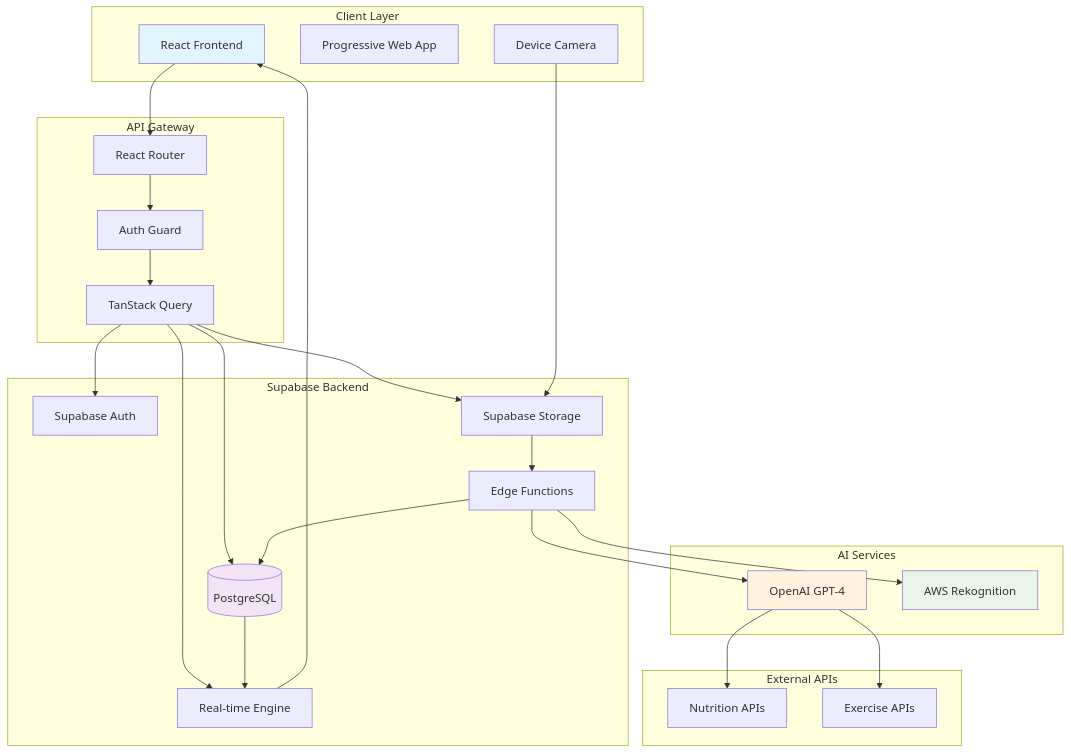
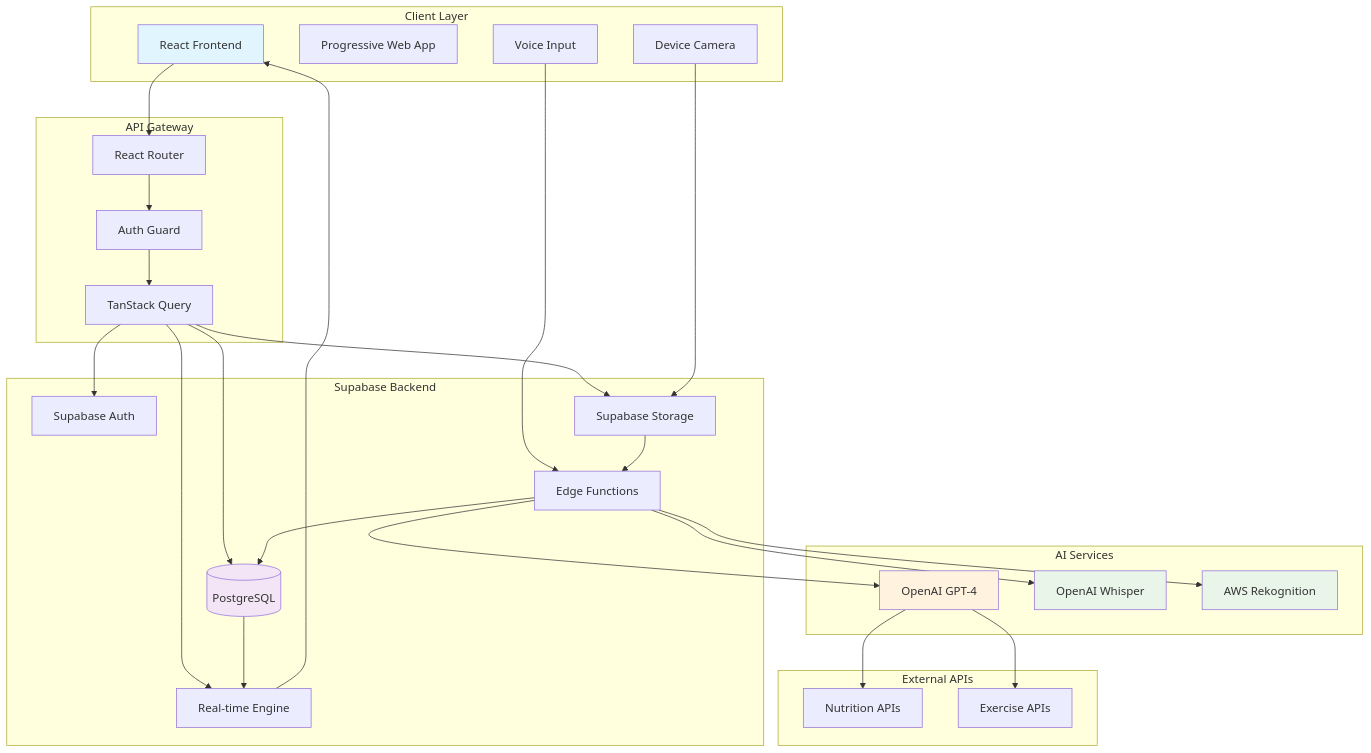
Before and after one commit to gs-admin1/hashimfit-voicecoach: the first of 5 diagrams in docs/ARCHITECTURE.md, drawn with Mermaid. The commit also changed other lines of this file and 5 other files, not shown here.

````diff
--- a/docs/ARCHITECTURE.md
+++ b/docs/ARCHITECTURE.md
@@ -7,57 +7,62 @@
 ```mermaid
 graph TB
     subgraph "Client Layer"
         UI[React Frontend]
         PWA[Progressive Web App]
         Camera[Device Camera]
+        Microphone[Voice Input]
     end
     
     subgraph "API Gateway"
         Router[React Router]
         Auth[Auth Guard]
         Query[TanStack Query]
     end
     
     subgraph "Supabase Backend"
         AuthS[Supabase Auth]
         DB[(PostgreSQL)]
         Storage[Supabase Storage]
         RT[Real-time Engine]
         EdgeFn[Edge Functions]
     end
     
     subgraph "AI Services"
         OpenAI[OpenAI GPT-4]
+        Whisper[OpenAI Whisper]
         AWS[AWS Rekognition]
     end
     
     subgraph "External APIs"
         Nutrition[Nutrition APIs]
         Exercise[Exercise APIs]
     end
     
     UI --> Router
     Router --> Auth
     Auth --> Query
     Query --> AuthS
     Query --> DB
     Query --> Storage
     Query --> RT
     
     Camera --> Storage
+    Microphone --> EdgeFn
     Storage --> EdgeFn
     EdgeFn --> OpenAI
+    EdgeFn --> Whisper
     EdgeFn --> AWS
     EdgeFn --> DB
     
     OpenAI --> Nutrition
     OpenAI --> Exercise
     
     DB --> RT
     RT --> UI
     
     style UI fill:#e1f5fe
     style DB fill:#f3e5f5
     style OpenAI fill:#fff3e0
     style AWS fill:#e8f5e8
+    style Whisper fill:#e8f5e8
 ```
````
